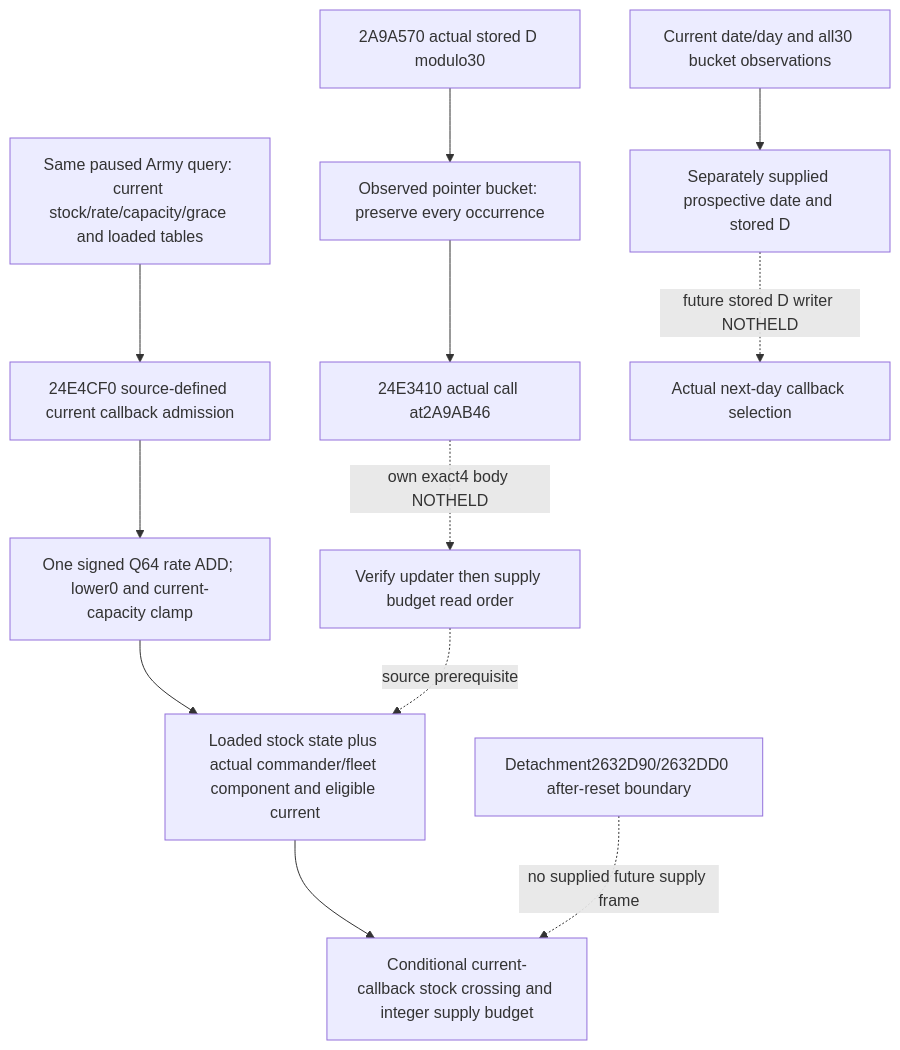
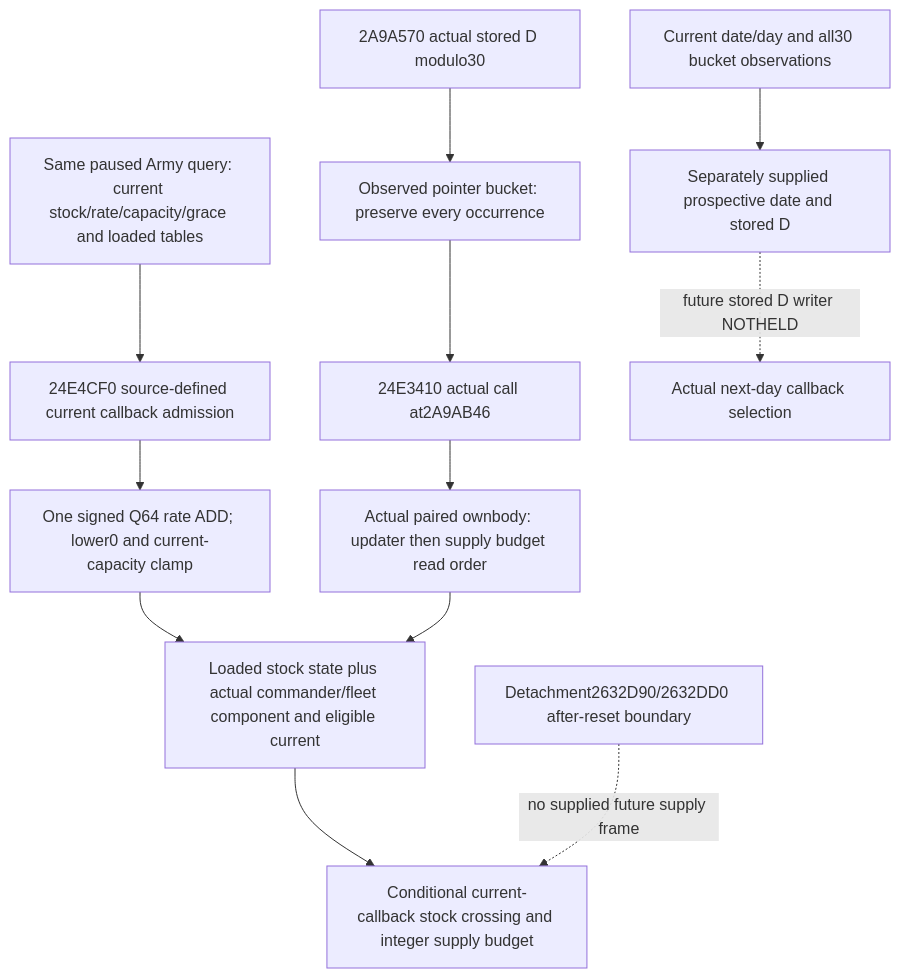
The first of 2 diagrams in docs/ck3-native-ai/army-current-callback-supply-risk-12004.md (XenoAmess/ck3_eternal_recurrence), drawn with Mermaid before and after one commit. The commit also changed other lines of this file and 3 other files, not shown here.

````diff
--- a/docs/ck3-native-ai/army-current-callback-supply-risk-12004.md
+++ b/docs/ck3-native-ai/army-current-callback-supply-risk-12004.md
@@ -33,14 +33,14 @@
 ```mermaid
 flowchart TD
   Q[Same paused Army query: current stock/rate/capacity/grace and loaded tables] --> U[24E4CF0 source-defined current callback admission]
   D[2A9A570 actual stored D modulo30] --> P[Observed pointer bucket: preserve every occurrence]
   P --> C[24E3410 actual call at2A9AB46]
-  C -. own exact4 body NOTHELD .-> O[Verify updater then supply budget read order]
+  C --> O[Actual paired ownbody: updater then supply budget read order]
   U --> S[One signed Q64 rate ADD; lower0 and current-capacity clamp]
   S --> B[Loaded stock state plus actual commander/fleet component and eligible current]
-  O -. source prerequisite .-> B
+  O --> B
   B --> V[Conditional current-callback stock crossing and integer supply budget]
   N[Current date/day and all30 bucket observations] --> F[Separately supplied prospective date and stored D]
   F -. future stored D writer NOTHELD .-> T[Actual next-day callback selection]
   R[Detachment2632D90/2632DD0 after-reset boundary] -. no supplied future supply frame .-> V
 ```
````
